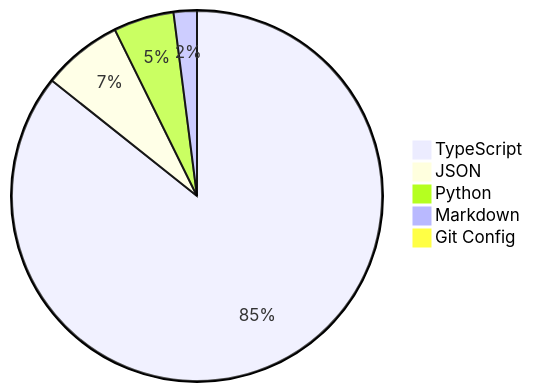
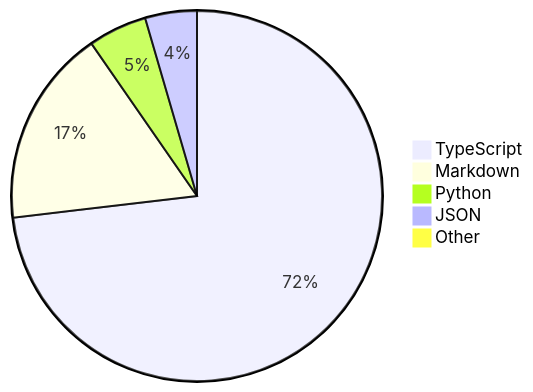
One commit to skvggor/skvggor changed the diagram in README.md. Above: the diagram before and after it, drawn with Mermaid.

Commit message:
Updated waka-readme graph with new metrics

````diff
--- a/README.md
+++ b/README.md
@@ -39,8 +39,8 @@
 ```mermaid
 pie
-    "TypeScript" : 84.5
-    "JSON" : 6.9
-    "Python" : 5.2
-    "Markdown" : 2.0
-    "Git Config" : 0.8
+    "TypeScript" : 71.3
+    "Markdown" : 16.8
+    "Python" : 5.0
+    "JSON" : 4.4
+    "Other" : 0.9
 ```
````
